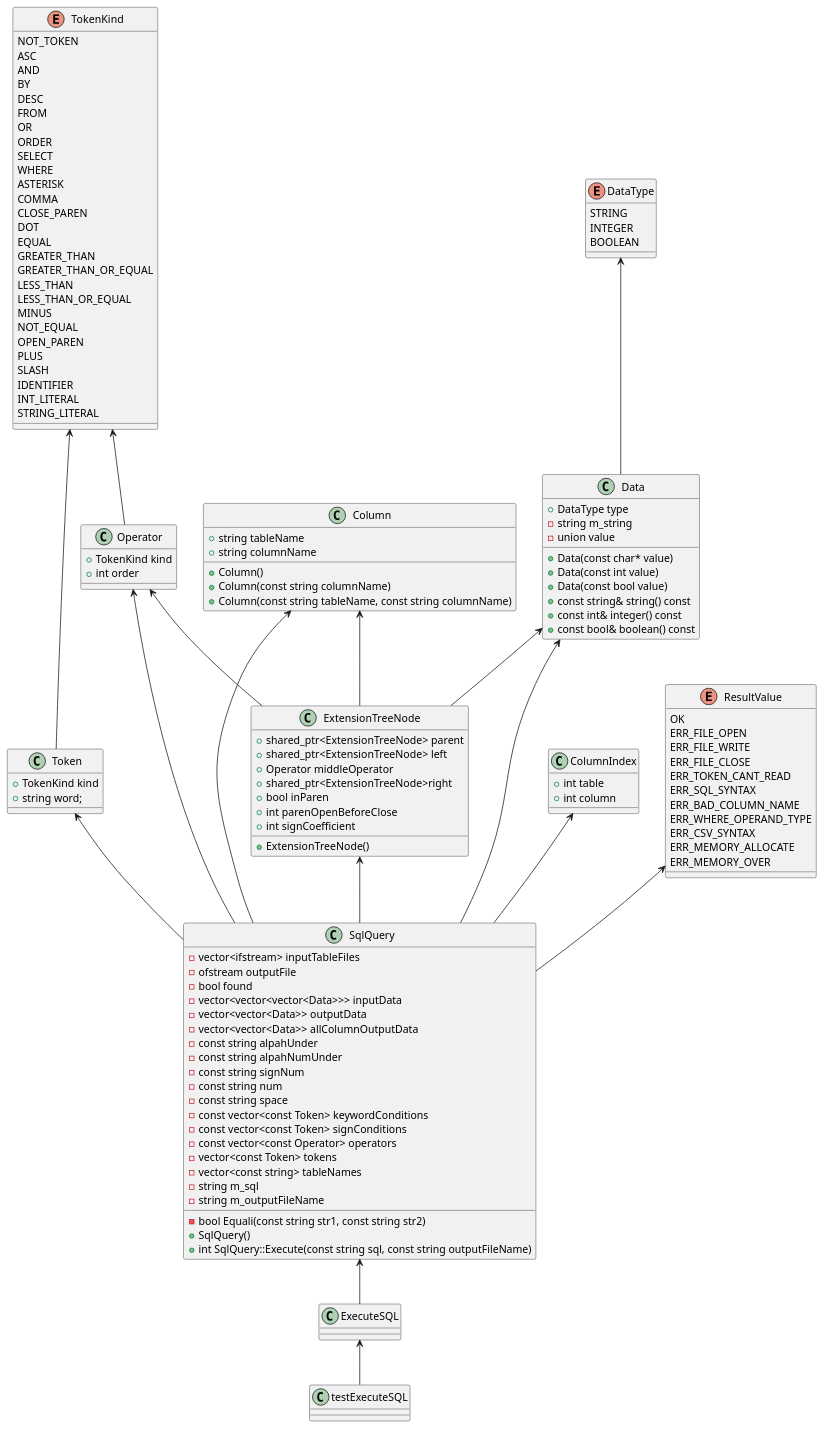
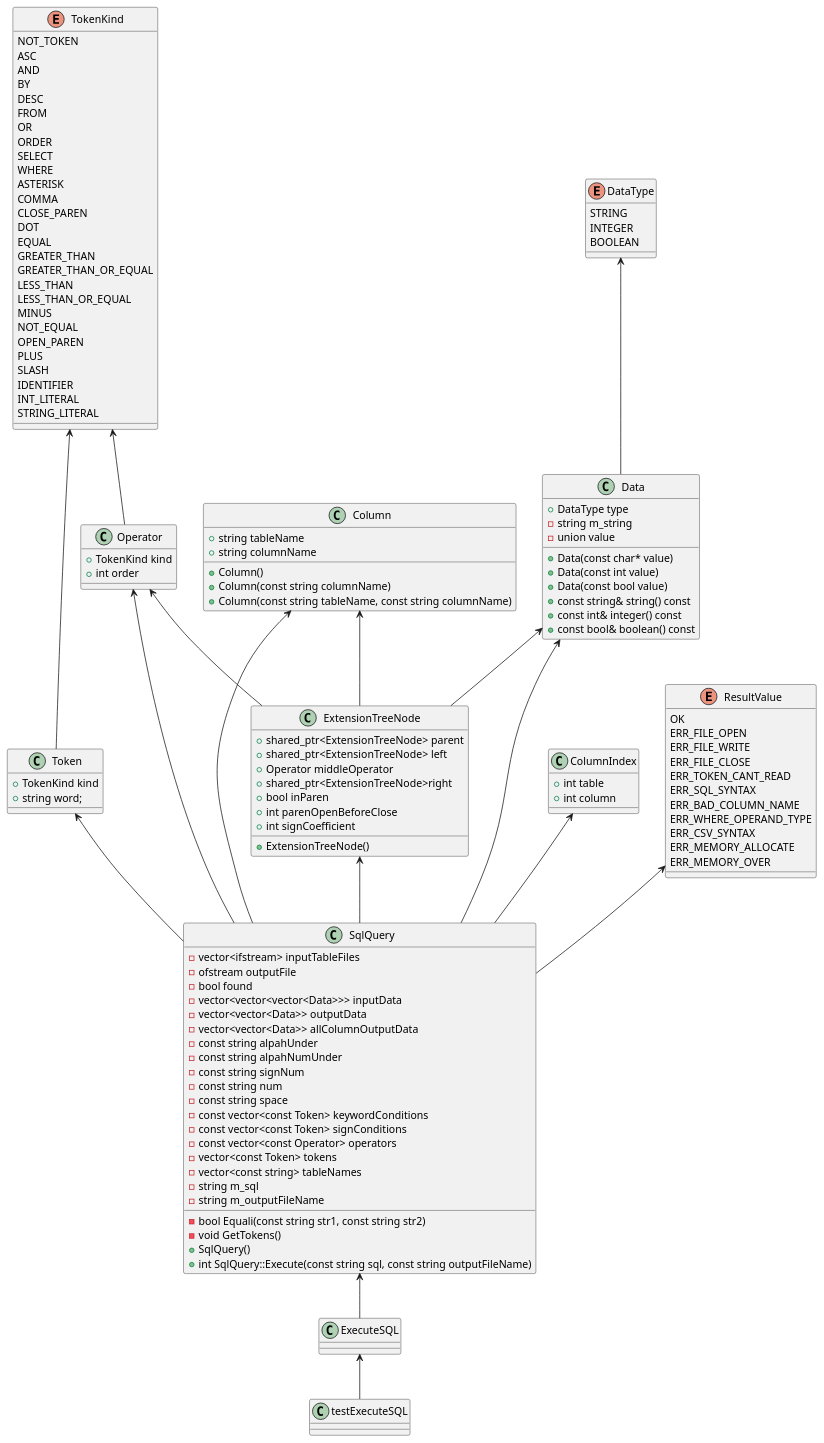
The diagram in ExecuteSQL.pu (yotten/TinySQL), drawn with PlantUML before and after one commit. The commit also changed 2 other files, not shown here.

Commit message:
128.AnalyzeTokensメソッドを切り分ける1(GetTokens()作成)
[----------] Global test environment tear-down
[==========] 213 tests from 1 test case ran. (6190 ms total)
[  PASSED  ] 213 tests.

```diff
--- a/ExecuteSQL.pu
+++ b/ExecuteSQL.pu
@@ -1,134 +1,135 @@
 @startuml
 
 class testExecuteSQL {}
 class SqlQuery {
 	-vector<ifstream> inputTableFiles
 	-ofstream outputFile
 	-bool found
 	-vector<vector<vector<Data>>> inputData
 	-vector<vector<Data>> outputData
 	-vector<vector<Data>> allColumnOutputData	
 	-const string alpahUnder
 	-const string alpahNumUnder
 	-const string signNum
 	-const string num
 	-const string space
 	-const vector<const Token> keywordConditions
 	-const vector<const Token> signConditions
 	-const vector<const Operator> operators
 	-vector<const Token> tokens
 	-vector<const string> tableNames
 	-string m_sql
 	-string m_outputFileName
 	-bool Equali(const string str1, const string str2)
+	-void GetTokens()
 	+SqlQuery()
 	+int SqlQuery::Execute(const string sql, const string outputFileName)
 }
 class ExecuteSQL {
 	
 }
 
 class Data {
     +DataType type
 	-string m_string
 	-union value
 	+Data(const char* value)
 	+Data(const int value)
 	+Data(const bool value)
 	+const string& string() const
 	+const int& integer() const
 	+const bool& boolean() const
 }
 class Operator{
     +TokenKind kind
     +int order
 }
 class Token{
     +TokenKind kind
     +string word;
 }
 class ExtensionTreeNode{
 	+shared_ptr<ExtensionTreeNode> parent
 	+shared_ptr<ExtensionTreeNode> left
 	+Operator middleOperator
 	+shared_ptr<ExtensionTreeNode>right
 	+bool inParen
 	+int parenOpenBeforeClose
 	+int signCoefficient
 	+ExtensionTreeNode()
 }
 class ColumnIndex{
     +int table
     +int column
 }
 class Column{
     +string tableName
     +string columnName
     +Column()
     +Column(const string columnName)
     +Column(const string tableName, const string columnName)
 }
 enum DataType{
    	STRING
 	INTEGER
 	BOOLEAN
 }
 enum TokenKind{
     NOT_TOKEN
 	ASC
 	AND
 	BY
 	DESC
 	FROM
 	OR
 	ORDER
 	SELECT
 	WHERE
 	ASTERISK
 	COMMA
 	CLOSE_PAREN
 	DOT
 	EQUAL
 	GREATER_THAN
 	GREATER_THAN_OR_EQUAL
 	LESS_THAN
 	LESS_THAN_OR_EQUAL
 	MINUS
 	NOT_EQUAL
 	OPEN_PAREN
 	PLUS
 	SLASH
 	IDENTIFIER
 	INT_LITERAL
 	STRING_LITERAL
 }
 enum ResultValue{
     OK
 	ERR_FILE_OPEN
 	ERR_FILE_WRITE
 	ERR_FILE_CLOSE
 	ERR_TOKEN_CANT_READ
 	ERR_SQL_SYNTAX
 	ERR_BAD_COLUMN_NAME
 	ERR_WHERE_OPERAND_TYPE
 	ERR_CSV_SYNTAX
 	ERR_MEMORY_ALLOCATE
 	ERR_MEMORY_OVER
 }
 
 ExecuteSQL <-- testExecuteSQL
 SqlQuery <-- ExecuteSQL
 Data <-- SqlQuery
 Operator <-- SqlQuery
 Token <-- SqlQuery
 ExtensionTreeNode <-- SqlQuery
 ColumnIndex <-- SqlQuery
 Column <-- SqlQuery
 ResultValue <-- SqlQuery
 DataType <-- Data
 TokenKind <-- Token
 TokenKind <-- Operator
 Operator <-- ExtensionTreeNode
 Column <-- ExtensionTreeNode
 Data <-- ExtensionTreeNode
 @enduml
```
